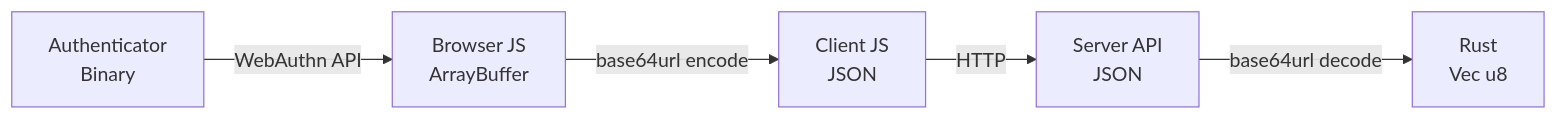
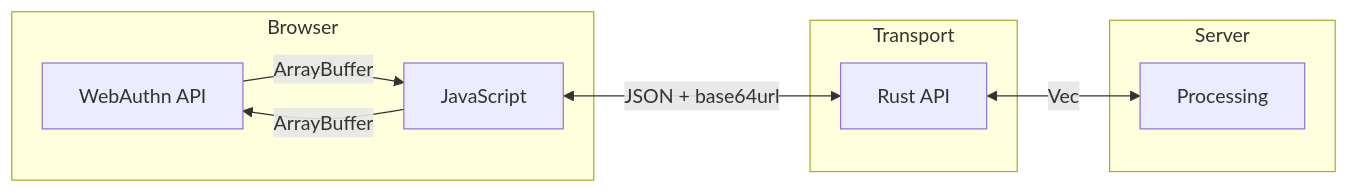
One commit to ktaka-ccmp/ktaka.blog.ccmp.jp changed the third of 3 diagrams in 2025/AxumPasskey/Readme.en.md. Above: the diagram before and after it, drawn with Mermaid. The commit also changed other lines of this file, not shown here.

````diff
--- a/2025/AxumPasskey/Readme.en.md
+++ b/2025/AxumPasskey/Readme.en.md
@@ -420,7 +423,15 @@
 ```mermaid
 flowchart LR
-    A[Authenticator\nBinary] --> |"WebAuthn API"| W[Browser JS\nArrayBuffer]
-    W --> |"base64url encode"| C[Client JS\nJSON] 
-    C --> |"HTTP"| S[Server API\nJSON]
-    S --> |"base64url decode"| R[Rust\nVec u8]
+    subgraph Browser
+        W[WebAuthn API] --> |ArrayBuffer| J[JavaScript]
+        J --> |ArrayBuffer| W
+    end
+    
+    subgraph Transport
+        J <--> |"JSON + base64url"| R
+    end
+    
+    subgraph Server
+        R[Rust API] <--> |"Vec<u8>"| P[Processing]
+    end
 ```
````
